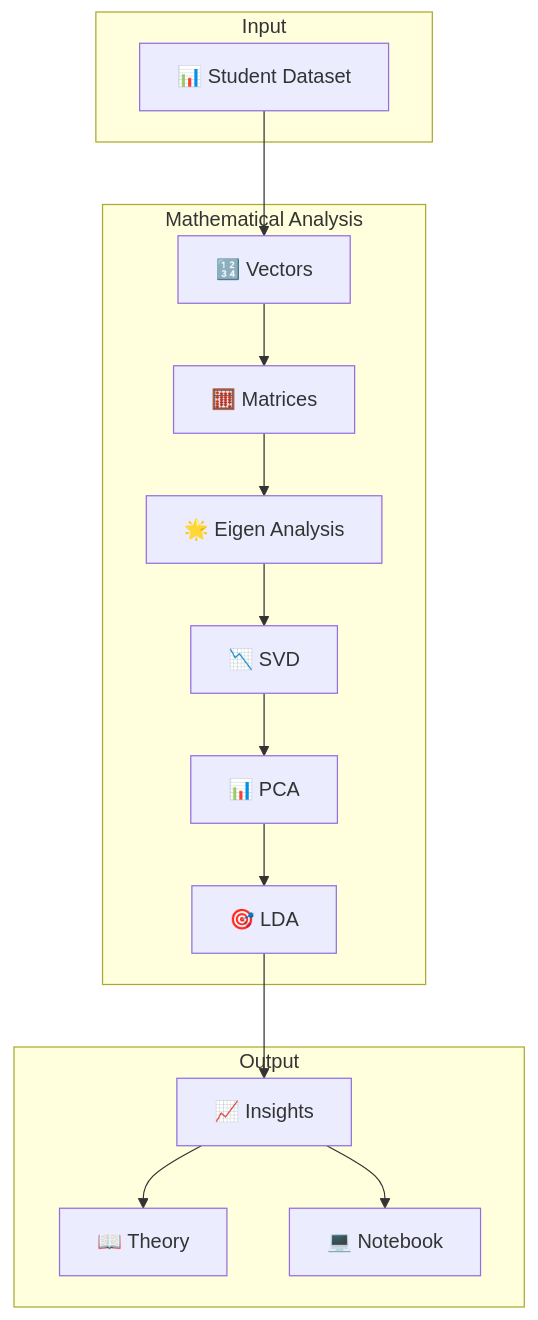
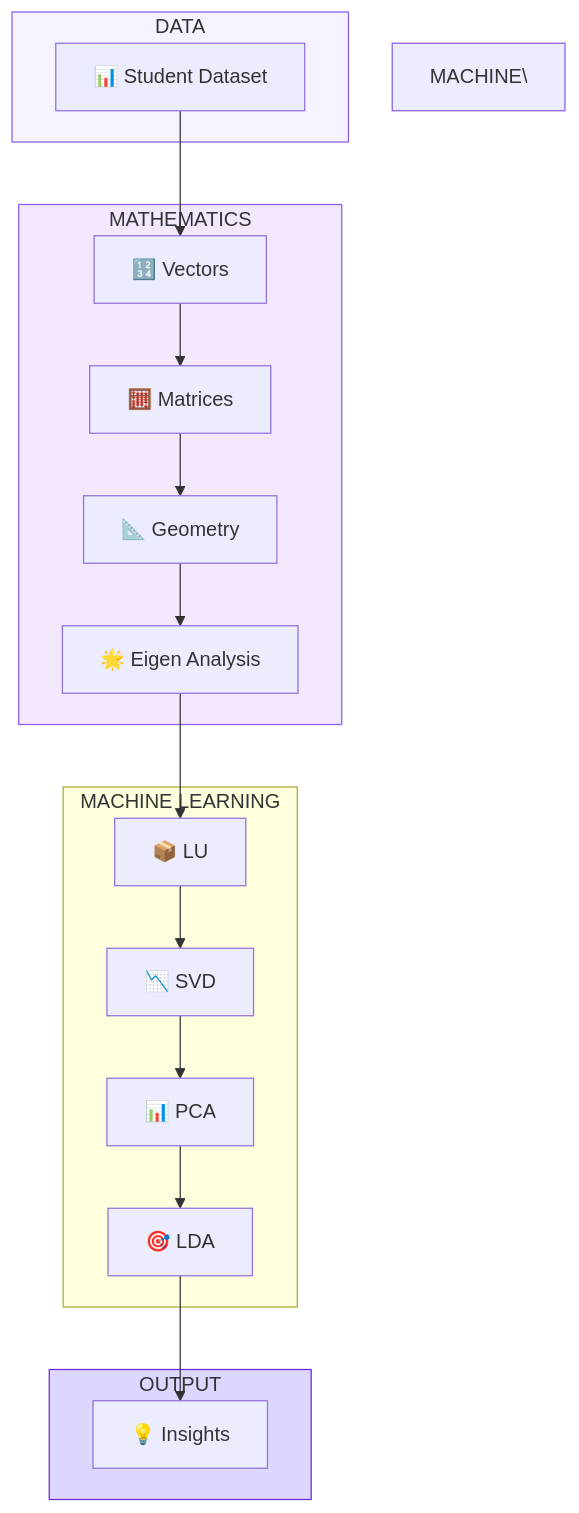
One commit to shrutiii87/Calculative-Foundation changed the second of 10 diagrams in s.md. Above: the diagram before and after it, drawn with Mermaid. The commit also changed other lines of this file, not shown here.

````diff
--- a/s.md
+++ b/s.md
@@ -49,40 +35,40 @@
 ```mermaid
 flowchart TB
 
-subgraph Input
-A[📊 Student Dataset]
+subgraph DATA
+A["📊 Student Dataset"]
 end
 
-subgraph Mathematical Analysis
-B[🔢 Vectors]
-C[🧮 Matrices]
-D[🌟 Eigen Analysis]
-E[📉 SVD]
-F[📊 PCA]
-G[🎯 LDA]
+subgraph MATHEMATICS
+B["🔢 Vectors"]
+C["🧮 Matrices"]
+D["📐 Geometry"]
+E["🌟 Eigen Analysis"]
 end
 
-subgraph Output
-H[📈 Insights]
-I[📖 Theory]
-J[💻 Notebook]
+subgraph MACHINE LEARNING
+F["📦 LU"]
+G["📉 SVD"]
+H["📊 PCA"]
+I["🎯 LDA"]
+end
+
+subgraph OUTPUT
+J["💡 Insights"]
 end
 
 A --> B
+B --> C
+C --> D
+D --> E
+E --> F
+F --> G
+G --> H
+H --> I
+I --> J
 
-B --> C
-
-C --> D
-
-D --> E
-
-E --> F
-
-F --> G
-
-G --> H
-
-H --> I
-
-H --> J
+style DATA fill:#F5F3FF,stroke:#8B5CF6
+style MATHEMATICS fill:#F3E8FF,stroke:#8B5CF6
+style MACHINE\ LEARNING fill:#EDE9FE,stroke:#8B5CF6
+style OUTPUT fill:#DDD6FE,stroke:#6D28D9
 ```
````
